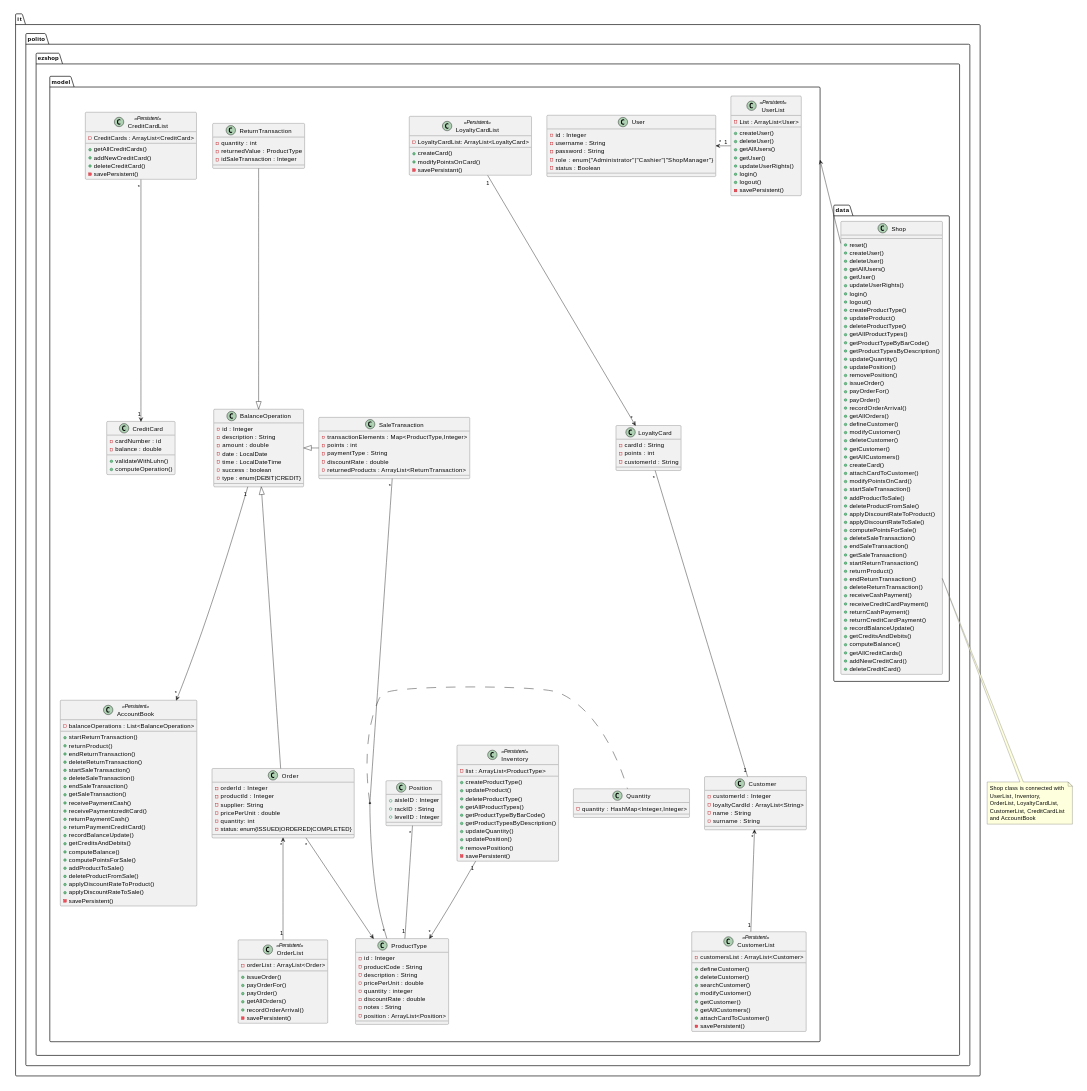
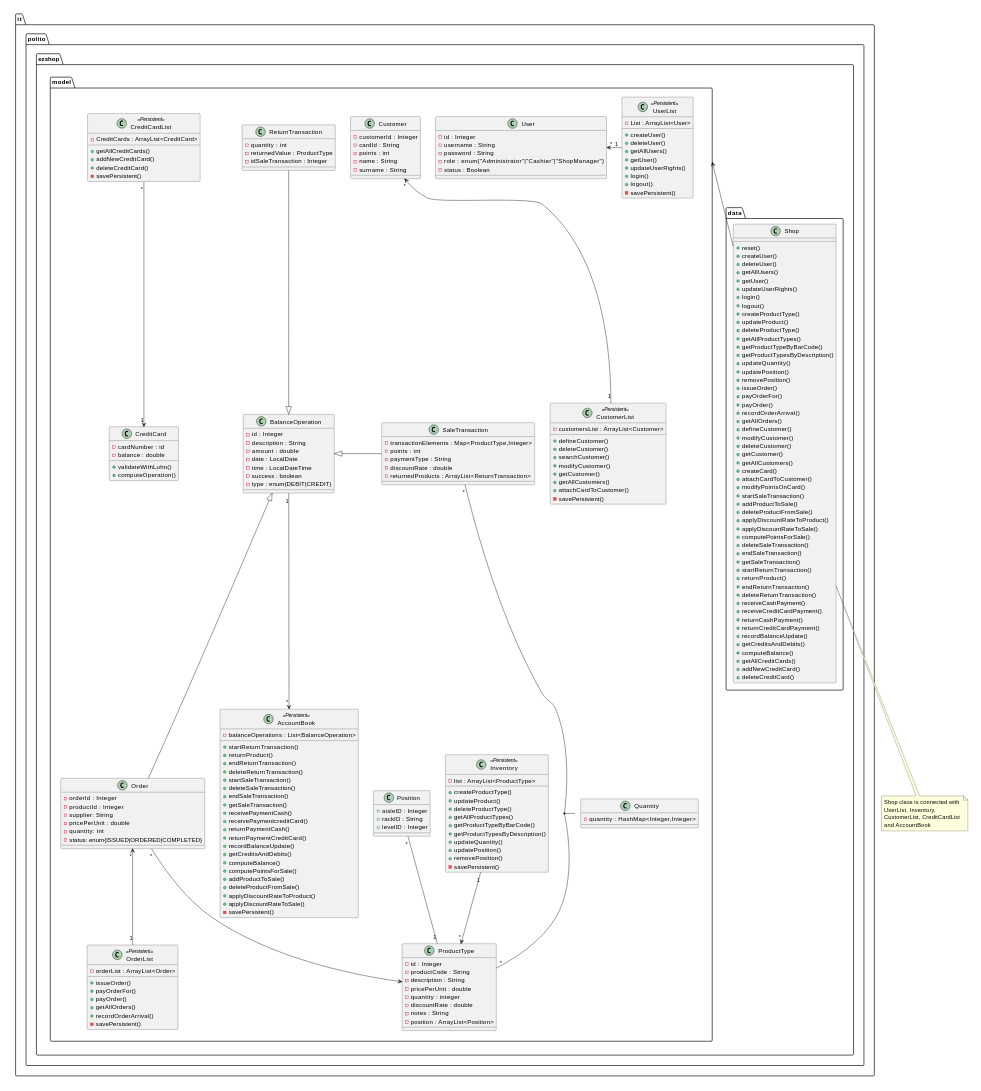
Before and after one commit to mkexc/ezshop: the second of 22 diagrams in Deliverables/DesignDocument.md, drawn with PlantUML. The commit also changed other lines of this file and 9 other files, not shown here.

```diff
--- a/Deliverables/DesignDocument.md
+++ b/Deliverables/DesignDocument.md
@@ -143,23 +139,10 @@
         - quantity : HashMap<Integer,Integer>
     }
 
-    class LoyaltyCard{
+    class Customer{
+        - customerId : Integer
         - cardId : String
         - points : int
-        - customerId : String
-    }
-
-    class LoyaltyCardList  <<Persistent>> {
-        - LoyaltyCardList: ArrayList<LoyaltyCard>
-
-        + createCard()
-        + modifyPointsOnCard()
-        - savePersistant()
-    }
-
-    class Customer{
-        - customerId : Integer
-        - loyaltyCardId : ArrayList<String>
         - name : String
         - surname : String
     }
@@ -306,18 +289,15 @@
 note as ShopConnections
     Shop class is connected with 
     UserList, Inventory, 
-    OrderList, LoyaltyCardList, 
     CustomerList, CreditCardList 
     and AccountBook
 end note
 
 SaleTransaction "*" -- "*" ProductType
 BalanceOperation <|-- Order
-LoyaltyCardList "1" --> "*" LoyaltyCard
 Inventory "1" --> "*" ProductType
 Position "*"-- "1"ProductType
 User "*" <- "1" UserList
-LoyaltyCard "*" -- " 1" Customer
 Customer "*" <-- "1" CustomerList
 Order "*" --> ProductType
 OrderList "1" -up-> "*" Order
```
